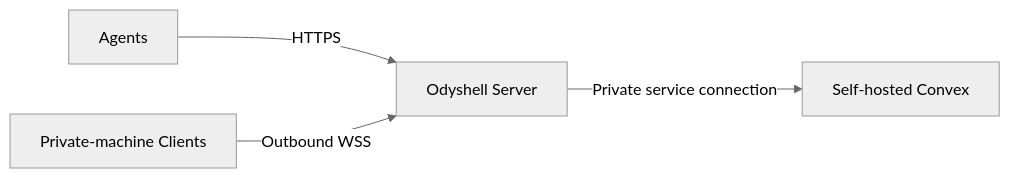
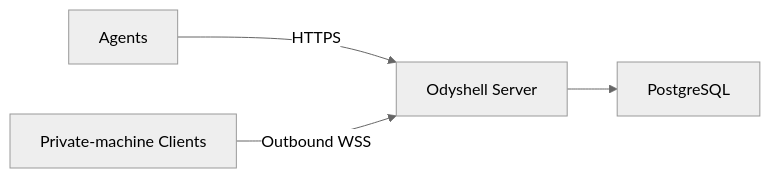
Before and after one commit to kapeka0/Odyshell: the diagram in docs/self-hosting.md, drawn with Mermaid (neutral theme). The commit also changed other lines of this file and 21 other files, not shown here.

Commit message:
refactor(server): move persistence to Kysely and PostgreSQL

````diff
--- a/docs/self-hosting.md
+++ b/docs/self-hosting.md
@@ -6,6 +5,6 @@
 ```mermaid
 flowchart LR
     A["Agents"] -->|"HTTPS"| S["Odyshell Server"]
     C["Private-machine Clients"] -->|"Outbound WSS"| S
-    S -->|"Private service connection"| V["Self-hosted Convex"]
+    S --> P["PostgreSQL"]
 ```
````
